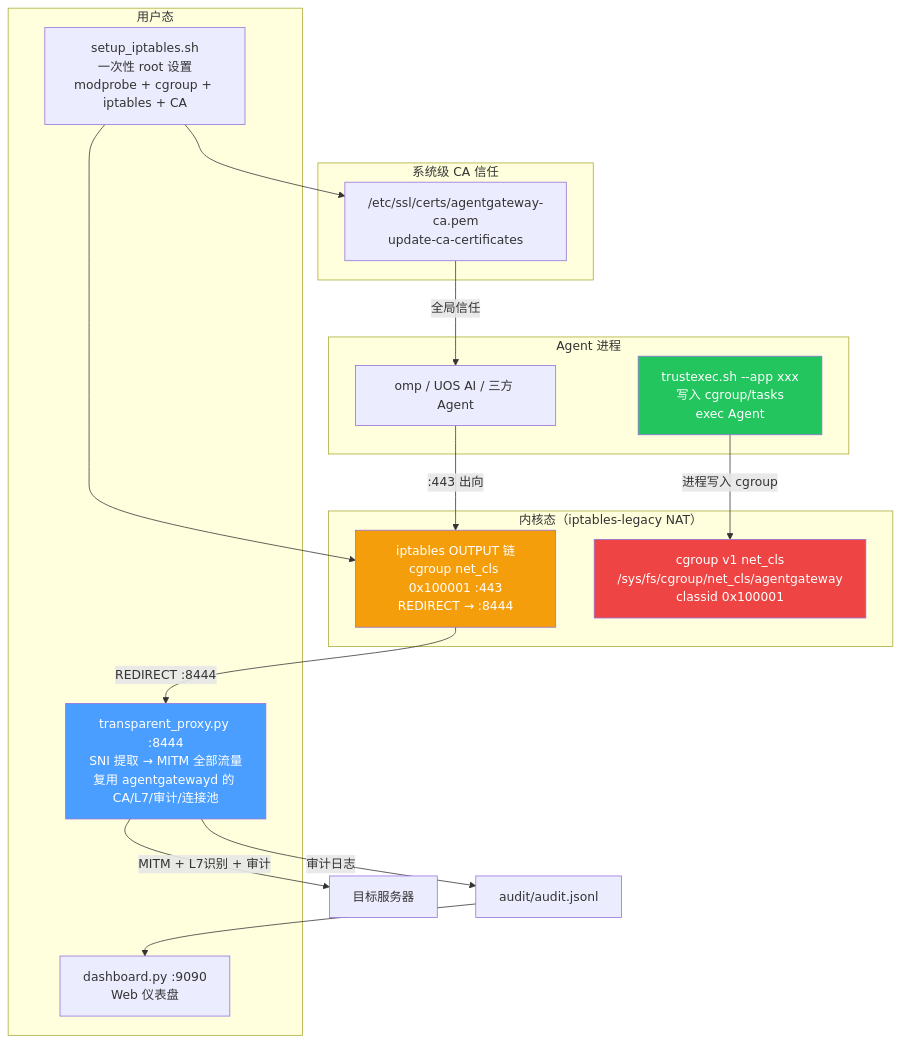
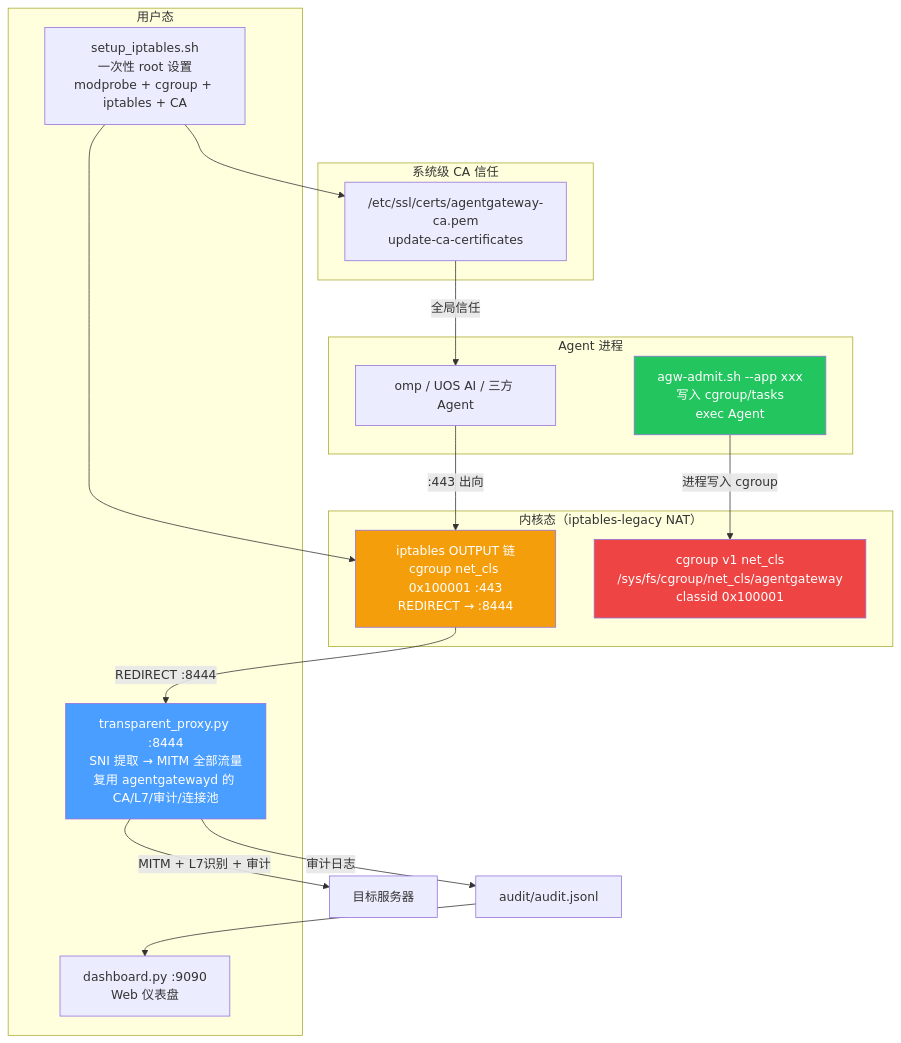
One commit to eric2023/agentgateway changed the diagram in README.md. Above: the diagram before and after it, drawn with Mermaid. The commit also changed other lines of this file and 10 other files, not shown here.

First line of the commit message:
refactor: trustexec.sh → agw-admit.sh（名称与实际语义一致）

````diff
--- a/README.md
+++ b/README.md
@@ -9,37 +9,37 @@
 ```mermaid
 graph TB
     subgraph 内核态["内核态（iptables-legacy NAT）"]
         NFT["iptables OUTPUT 链<br/>cgroup net_cls 0x100001 :443<br/>REDIRECT → :8444"]
         CG["cgroup v1 net_cls<br/>/sys/fs/cgroup/net_cls/agentgateway<br/>classid 0x100001"]
     end
 
     subgraph 用户态["用户态"]
         TP["transparent_proxy.py :8444<br/>SNI 提取 → MITM 全部流量<br/>复用 agentgatewayd 的 CA/L7/审计/连接池"]
         DASH["dashboard.py :9090<br/>Web 仪表盘"]
         SETUP["setup_iptables.sh<br/>一次性 root 设置<br/>modprobe + cgroup + iptables + CA"]
     end
 
     subgraph Agent["Agent 进程"]
         A1["omp / UOS AI / 三方 Agent"]
-        TE["trustexec.sh --app xxx<br/>写入 cgroup/tasks<br/>exec Agent"]
+        TE["agw-admit.sh --app xxx<br/>写入 cgroup/tasks<br/>exec Agent"]
     end
 
     subgraph CA["系统级 CA 信任"]
         SYS["/etc/ssl/certs/agentgateway-ca.pem<br/>update-ca-certificates"]
     end
 
     TE -->|"进程写入 cgroup"| CG
     A1 -->|":443 出向"| NFT
     NFT -->|"REDIRECT :8444"| TP
     TP -->|"MITM + L7识别 + 审计"| 远程["目标服务器"]
     TP -->|"审计日志"| LOG["audit/audit.jsonl"]
     LOG --> DASH
     SYS -->|"全局信任"| A1
     SETUP --> NFT
     SETUP --> SYS
 
     style NFT fill:#f59e0b,color:#fff
     style TP fill:#4a9eff,color:#fff
     style TE fill:#22c55e,color:#fff
     style CG fill:#ef4444,color:#fff
 ```
````
